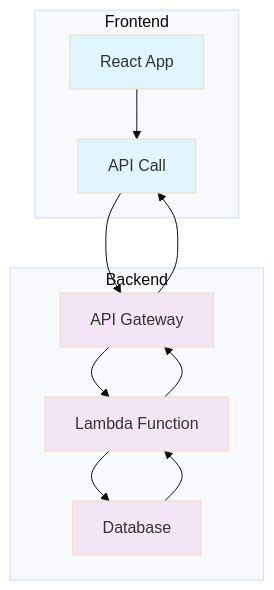
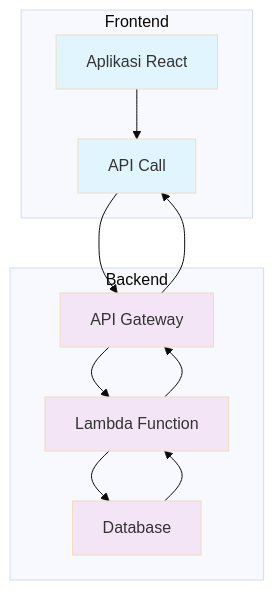
One commit to alsyauqi/docs changed the fourth of 8 diagrams in flowcharts.mdx. Above: the diagram before and after it, drawn with Mermaid (base theme). The commit also changed other lines of this file, not shown here.

````diff
--- a/flowcharts.mdx
+++ b/flowcharts.mdx
@@ -64,22 +64,22 @@
 ```mermaid
 flowchart TB
     subgraph "Frontend"
-        A[React App] --> B[API Call]
+        A[Aplikasi React] --> B[API Call]
     end
     
     subgraph "Backend"
         C[API Gateway] --> D[Lambda Function]
         D --> E[Database]
     end
     
     B --> C
     E --> D
     D --> C
     C --> B
     
     classDef frontend fill:#e1f5fe
     classDef backend fill:#f3e5f5
     
     class A,B frontend
     class C,D,E backend
 ```
````
